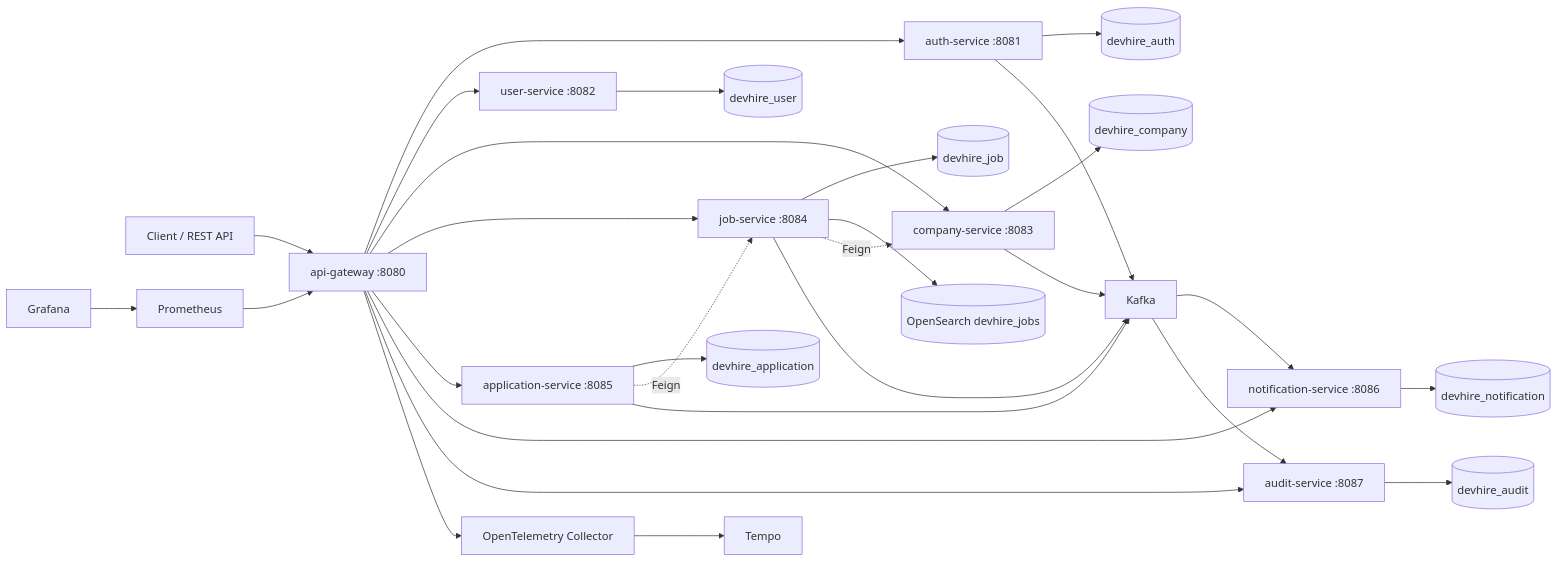
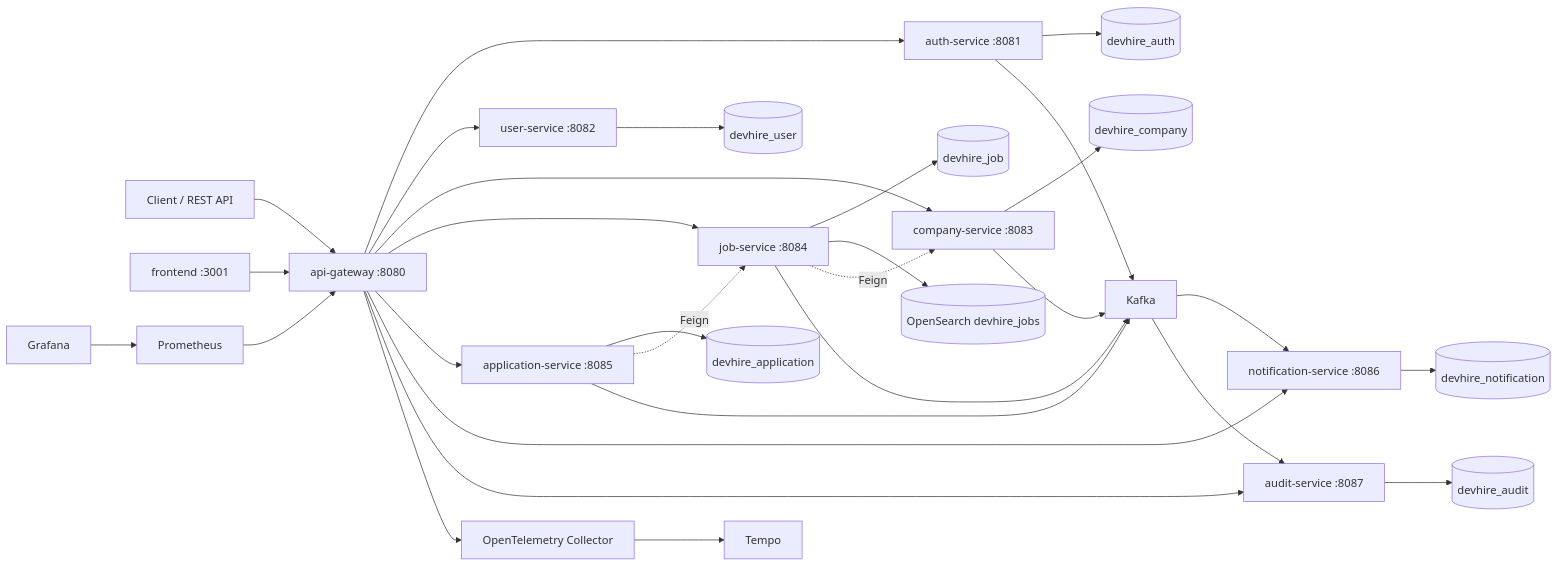
One commit to JasonTM17/DevHire_Cloud_Spring_Microservices changed the diagram in README.md. Above: the diagram before and after it, drawn with Mermaid. The commit also changed other lines of this file and 43 other files, not shown here.

````diff
--- a/README.md
+++ b/README.md
@@ -9,34 +10,35 @@
 ```mermaid
 flowchart LR
     Client["Client / REST API"] --> Gateway["api-gateway :8080"]
+    Frontend["frontend :3001"] --> Gateway
     Gateway --> Auth["auth-service :8081"]
     Gateway --> User["user-service :8082"]
     Gateway --> Company["company-service :8083"]
     Gateway --> Job["job-service :8084"]
     Gateway --> Application["application-service :8085"]
     Gateway --> Notification["notification-service :8086"]
     Gateway --> Audit["audit-service :8087"]
 
     Auth --> AuthDb[("devhire_auth")]
     User --> UserDb[("devhire_user")]
     Company --> CompanyDb[("devhire_company")]
     Job --> JobDb[("devhire_job")]
     Job --> OpenSearch[("OpenSearch devhire_jobs")]
     Application --> AppDb[("devhire_application")]
     Notification --> NotiDb[("devhire_notification")]
     Audit --> AuditDb[("devhire_audit")]
 
     Job -. Feign .-> Company
     Application -. Feign .-> Job
     Auth --> Kafka["Kafka"]
     Company --> Kafka
     Job --> Kafka
     Application --> Kafka
     Kafka --> Notification
     Kafka --> Audit
 
     Prometheus["Prometheus"] --> Gateway
     Grafana["Grafana"] --> Prometheus
     Gateway --> OTel["OpenTelemetry Collector"]
     OTel --> Tempo["Tempo"]
 ```
````
